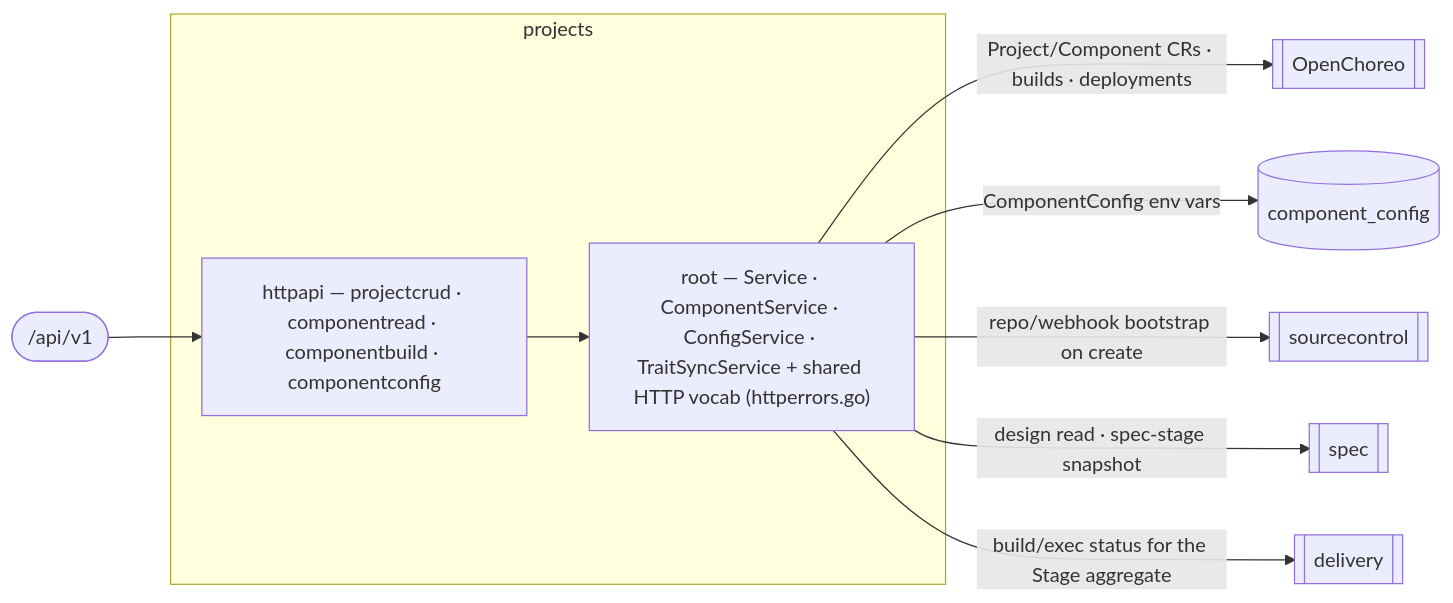
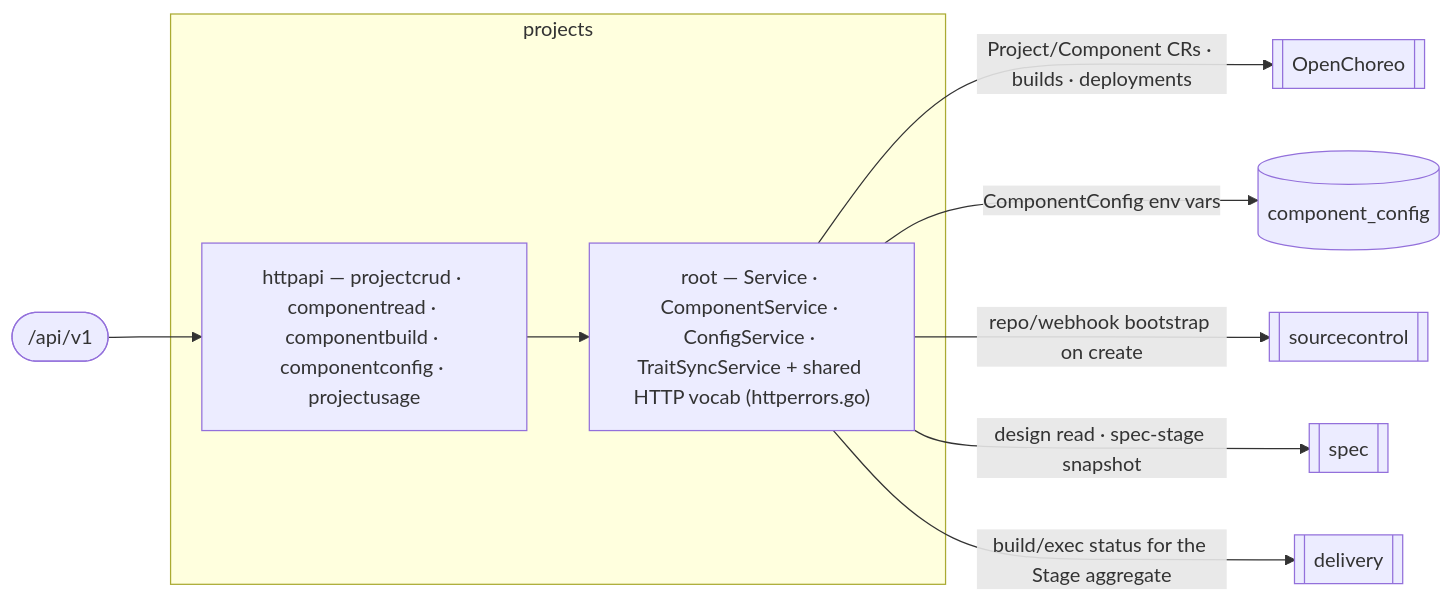
Before and after one commit to KCSAbeywickrama/labs-agentic-engineer: the diagram in services/aep-api/internal/projects/README.md, drawn with Mermaid. The commit also changed other lines of this file and 21 other files, not shown here.

````diff
--- a/services/aep-api/internal/projects/README.md
+++ b/services/aep-api/internal/projects/README.md
@@ -10,14 +10,14 @@
 ```mermaid
 flowchart LR
   API(["/api/v1"]) --> HTTP
   subgraph projects
-    HTTP["httpapi — projectcrud · componentread · componentbuild · componentconfig"]
+    HTTP["httpapi — projectcrud · componentread · componentbuild · componentconfig · projectusage"]
     ROOT["root — Service · ComponentService · ConfigService · TraitSyncService + shared HTTP vocab (httperrors.go)"]
     HTTP --> ROOT
   end
   ROOT -->|Project/Component CRs · builds · deployments| OC[[OpenChoreo]]
   ROOT -->|ComponentConfig env vars| CFG[("component_config")]
   ROOT -->|repo/webhook bootstrap on create| SC[[sourcecontrol]]
   ROOT -->|design read · spec-stage snapshot| SPEC[[spec]]
   ROOT -->|build/exec status for the Stage aggregate| DEL[[delivery]]
 ```
````
